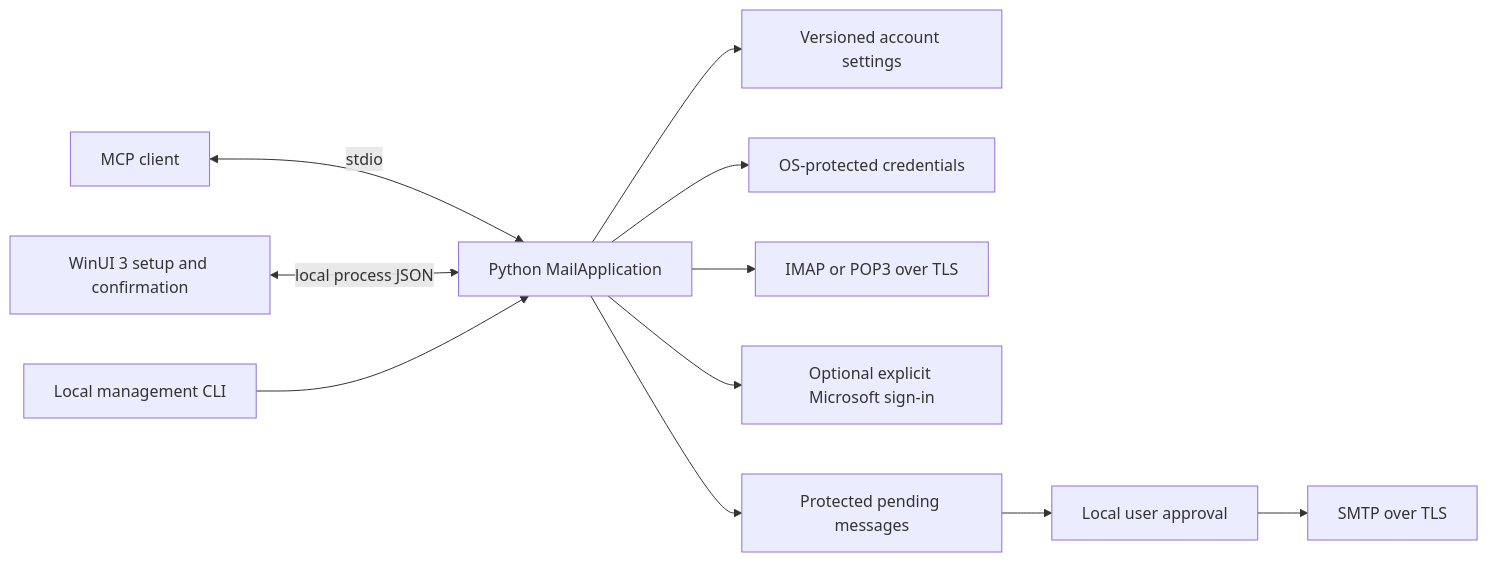
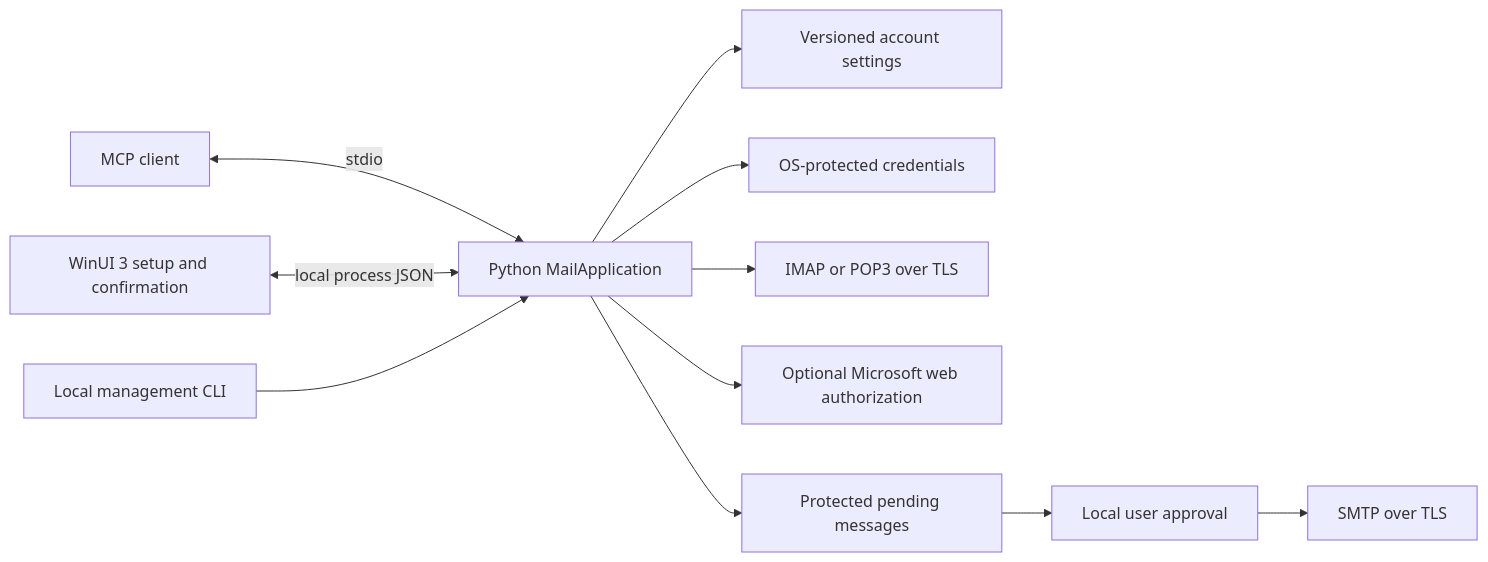
The diagram in docs/ARCHITECTURE.md (umbertotechnopreneur/AgentInbox), drawn with Mermaid before and after one commit. The commit also changed other lines of this file and 20 other files, not shown here.

Commit message:
Explain Microsoft web authorization in the app and guides

````diff
--- a/docs/ARCHITECTURE.md
+++ b/docs/ARCHITECTURE.md
@@ -7,13 +7,13 @@
 ```mermaid
 flowchart LR
     CLIENT[MCP client] <-->|stdio| PY[Python MailApplication]
     UI[WinUI 3 setup and confirmation] <-->|local process JSON| PY
     CLI[Local management CLI] --> PY
     PY --> CONFIG[Versioned account settings]
     PY --> VAULT[OS-protected credentials]
     PY --> MAIL[IMAP or POP3 over TLS]
-    PY --> AUTH[Optional explicit Microsoft sign-in]
+    PY --> AUTH[Optional Microsoft web authorization]
     PY --> PENDING[Protected pending messages]
     PENDING --> REVIEW[Local user approval]
     REVIEW --> SMTP[SMTP over TLS]
 ```
````
